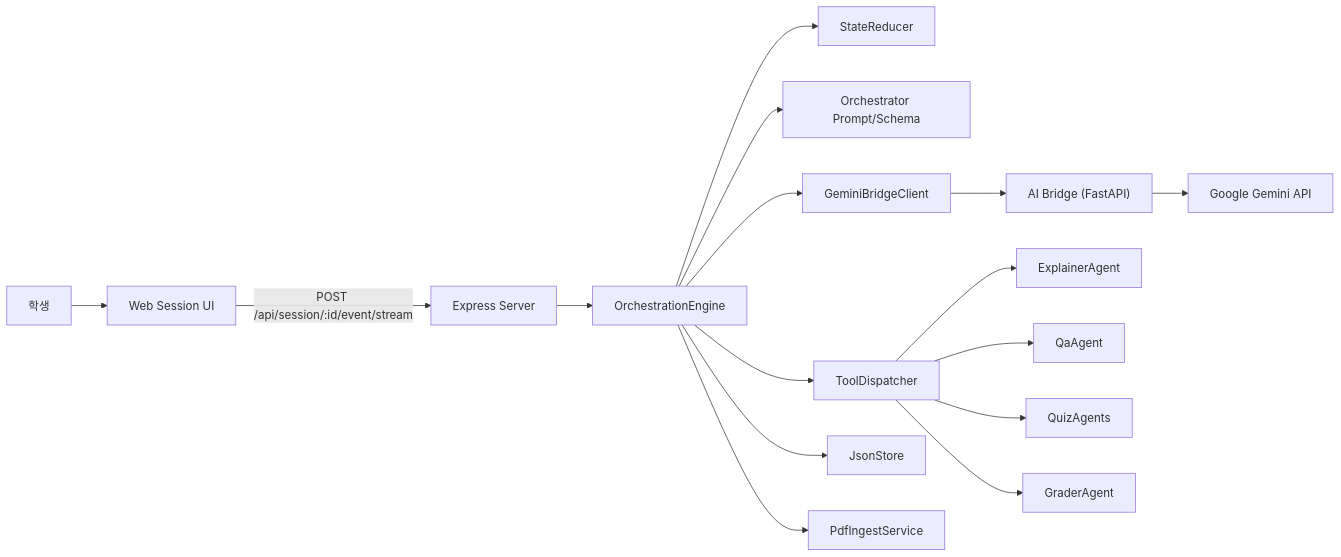
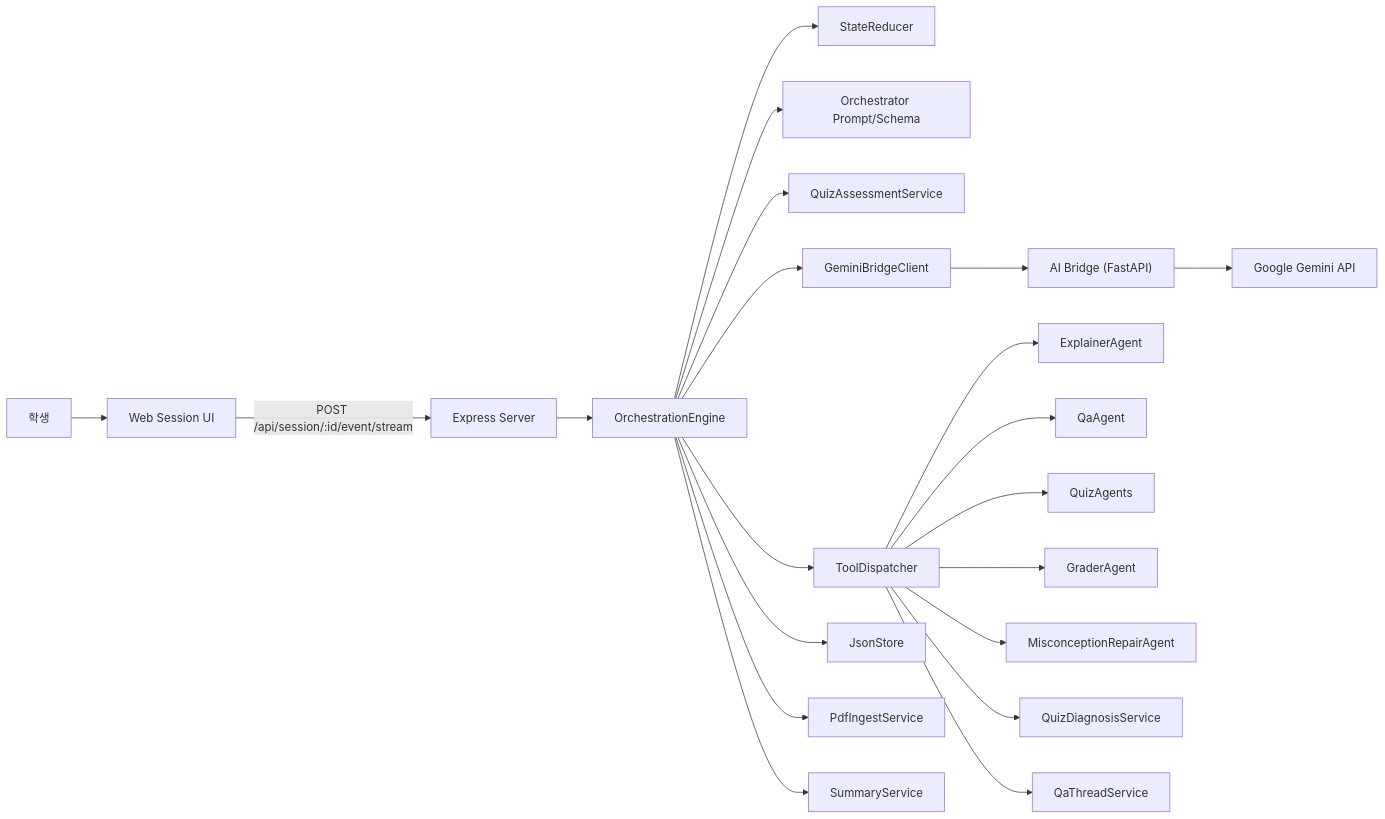
Before and after one commit to uou-capstone/UOU_Capstone_Design_AI: the diagram in MergeEduAgentFull/capstone-study-docs/LLM_MULTI_AGENT_ARCHITECTURE.md, drawn with Mermaid. The commit also changed other lines of this file and 94 other files, not shown here.

````diff
--- a/MergeEduAgentFull/capstone-study-docs/LLM_MULTI_AGENT_ARCHITECTURE.md
+++ b/MergeEduAgentFull/capstone-study-docs/LLM_MULTI_AGENT_ARCHITECTURE.md
@@ -33,18 +36,23 @@
 ```mermaid
 flowchart LR
   U["학생"] --> W["Web Session UI"]
   W -->|"POST /api/session/:id/event/stream"| S["Express Server"]
   S --> E["OrchestrationEngine"]
   E --> R["StateReducer"]
   E --> O["Orchestrator Prompt/Schema"]
+  E --> QA2["QuizAssessmentService"]
   E --> G["GeminiBridgeClient"]
   G --> B["AI Bridge (FastAPI)"]
   B --> GM["Google Gemini API"]
   E --> D["ToolDispatcher"]
   D --> EX["ExplainerAgent"]
   D --> QA["QaAgent"]
   D --> QZ["QuizAgents"]
   D --> GR["GraderAgent"]
+  D --> MR["MisconceptionRepairAgent"]
+  D --> QD["QuizDiagnosisService"]
+  D --> QT["QaThreadService"]
   E --> J["JsonStore"]
   E --> P["PdfIngestService"]
+  E --> S2["SummaryService"]
 ```
````
